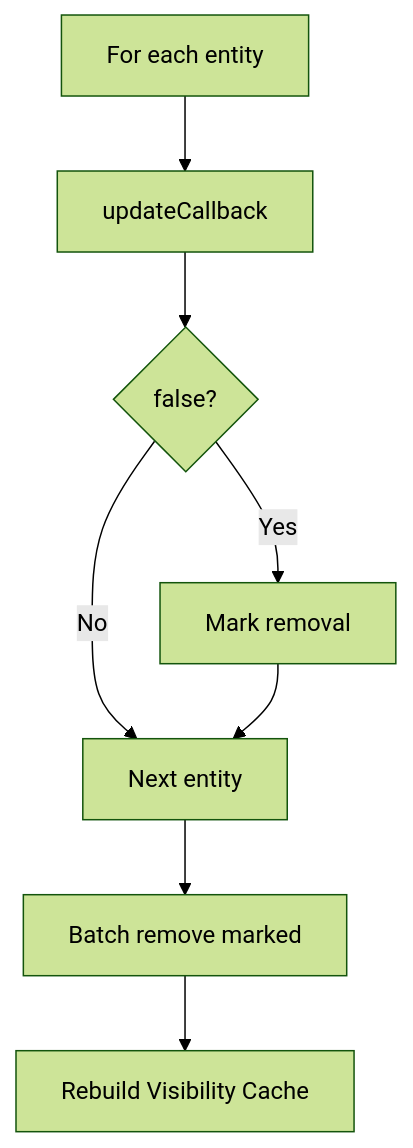
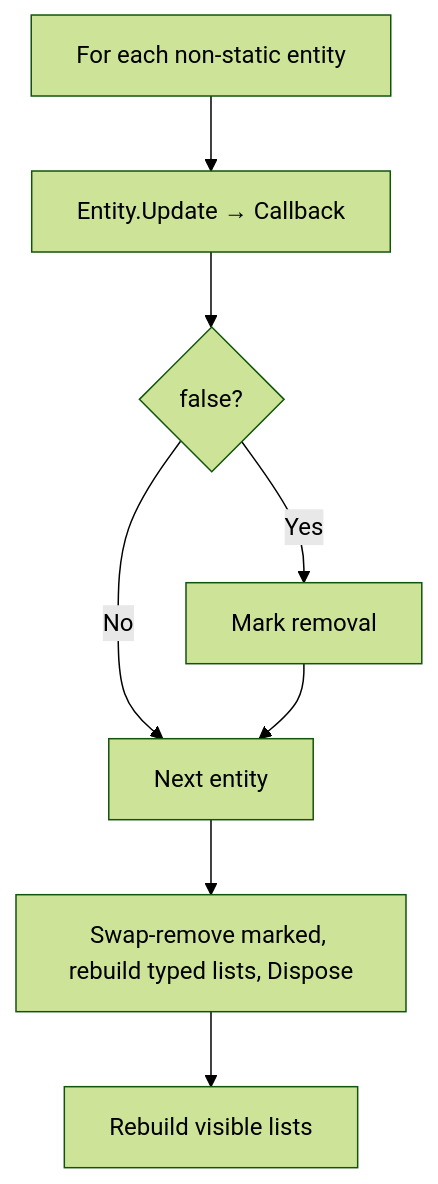
One commit to seriva/simplefps changed the diagram in docs/scene.md. Above: the diagram before and after it, drawn with Mermaid (forest theme). The commit also changed other lines of this file and 28 other files, not shown here.

````diff
--- a/docs/scene.md
+++ b/docs/scene.md
@@ -90,10 +135,10 @@
 ```mermaid
 flowchart TD
-    Update[For each entity] --> Callback[updateCallback]
+    Update[For each non-static entity] --> Callback[Entity.Update → Callback]
     Callback --> Remove{false?}
     Remove -->|Yes| Mark[Mark removal]
     Remove -->|No| Next[Next entity]
     Mark --> Next
-    Next --> Cleanup[Batch remove marked]
-    Cleanup --> Visibility[Rebuild Visibility Cache]
+    Next --> Cleanup[Swap-remove marked, rebuild typed lists, Dispose]
+    Cleanup --> Visibility[Rebuild visible lists]
 ```
````
